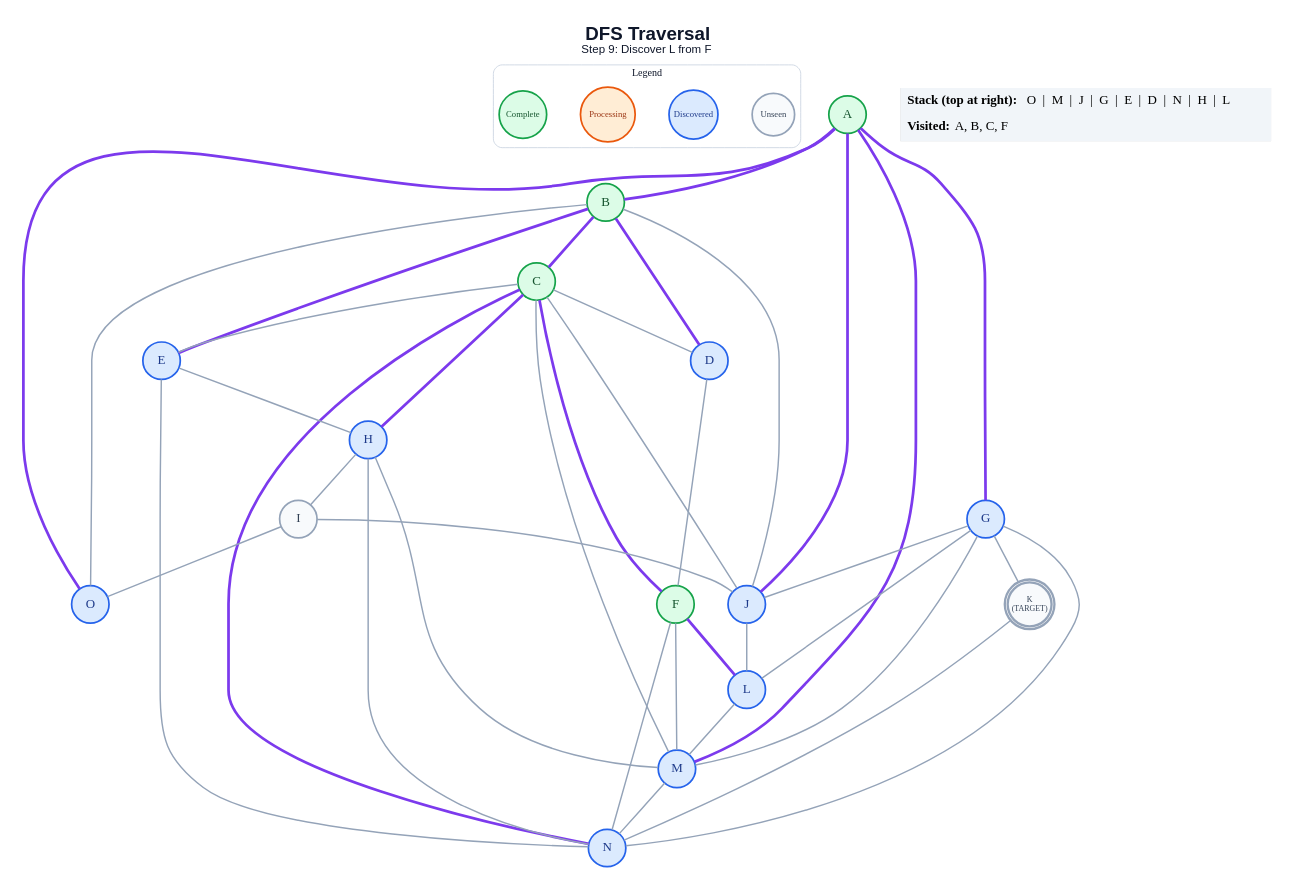
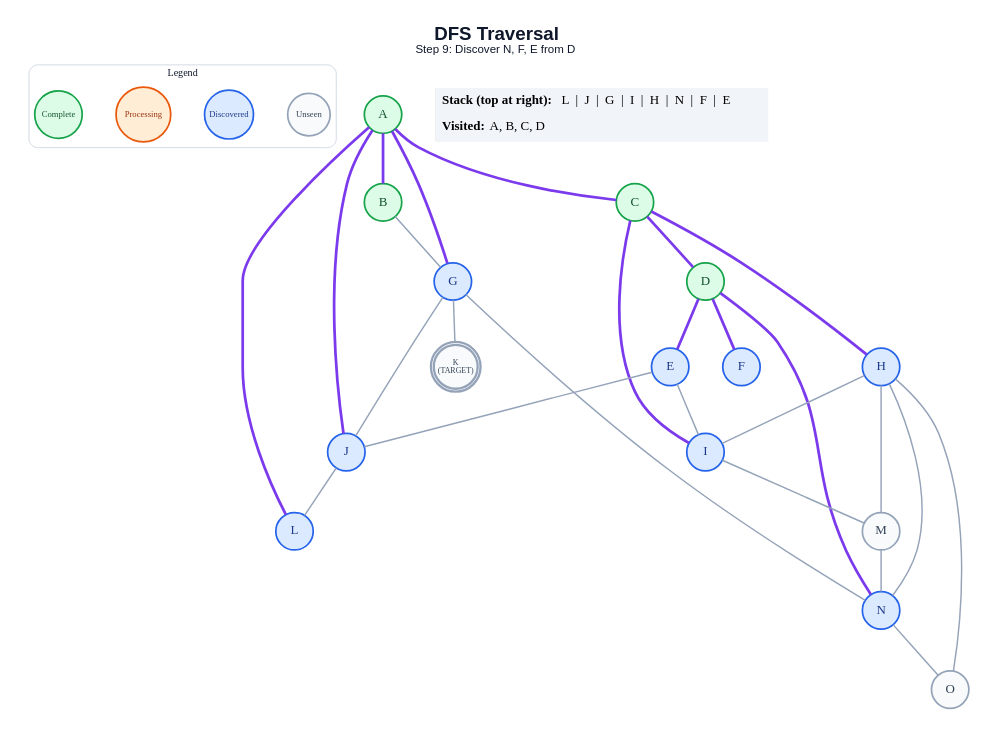
Before and after one commit to anon7238593-create/ai-slop: the diagram in generated/short-circuit/dfs/step_09.dot, drawn with Graphviz. The commit also changed 286 other files, not shown here.

```diff
--- a/generated/short-circuit/dfs/step_09.dot
+++ b/generated/short-circuit/dfs/step_09.dot
@@ -1,71 +1,59 @@
 graph traversal {
   graph [layout=dot, rankdir=TB, bgcolor="#FFFFFF", pad="0.35", nodesep="0.65", ranksep="0.8", fontname="Arial"];
   node [shape=circle, style="filled", fontname="Arial Bold", fontsize=18, width=0.72, fixedsize=true, penwidth=2.4];
   edge [color="#94A3B8", penwidth=2.0];
-  label=<<B>DFS Traversal</B><BR/><FONT POINT-SIZE="16">Step 9: Discover L from F</FONT>>; labelloc="t"; fontsize=26; fontname="Arial"; fontcolor="#0F172A";
+  label=<<B>DFS Traversal</B><BR/><FONT POINT-SIZE="16">Step 9: Discover N, F, E from D</FONT>>; labelloc="t"; fontsize=26; fontname="Arial"; fontcolor="#0F172A";
   subgraph cluster_legend { label="Legend"; color="#CBD5E1"; penwidth=1.2; style="rounded"; fontsize=14; fontname="Arial Bold";
     key_unseen [label="Unseen", fillcolor="#F8FAFC", color="#94A3B8", fontcolor="#334155", fontsize=12, width=0.82];
     key_frontier [label="Discovered", fillcolor="#DBEAFE", color="#2563EB", fontcolor="#1E3A8A", fontsize=12, width=0.95];
     key_current [label="Processing", fillcolor="#FFEDD5", color="#EA580C", fontcolor="#9A3412", fontsize=12, width=1.05];
     key_done [label="Complete", fillcolor="#DCFCE7", color="#16A34A", fontcolor="#14532D", fontsize=12, width=0.92];
     { rank=same; key_unseen; key_frontier; key_current; key_done; }
   }
   A [label="A", fillcolor="#DCFCE7", color="#16A34A", fontcolor="#14532D", peripheries=1, penwidth=2.4];
   B [label="B", fillcolor="#DCFCE7", color="#16A34A", fontcolor="#14532D", peripheries=1, penwidth=2.4];
   C [label="C", fillcolor="#DCFCE7", color="#16A34A", fontcolor="#14532D", peripheries=1, penwidth=2.4];
-  D [label="D", fillcolor="#DBEAFE", color="#2563EB", fontcolor="#1E3A8A", peripheries=1, penwidth=2.4];
+  D [label="D", fillcolor="#DCFCE7", color="#16A34A", fontcolor="#14532D", peripheries=1, penwidth=2.4];
   E [label="E", fillcolor="#DBEAFE", color="#2563EB", fontcolor="#1E3A8A", peripheries=1, penwidth=2.4];
-  F [label="F", fillcolor="#DCFCE7", color="#16A34A", fontcolor="#14532D", peripheries=1, penwidth=2.4];
+  F [label="F", fillcolor="#DBEAFE", color="#2563EB", fontcolor="#1E3A8A", peripheries=1, penwidth=2.4];
   G [label="G", fillcolor="#DBEAFE", color="#2563EB", fontcolor="#1E3A8A", peripheries=1, penwidth=2.4];
   H [label="H", fillcolor="#DBEAFE", color="#2563EB", fontcolor="#1E3A8A", peripheries=1, penwidth=2.4];
-  I [label="I", fillcolor="#F8FAFC", color="#94A3B8", fontcolor="#334155", peripheries=1, penwidth=2.4];
+  I [label="I", fillcolor="#DBEAFE", color="#2563EB", fontcolor="#1E3A8A", peripheries=1, penwidth=2.4];
   J [label="J", fillcolor="#DBEAFE", color="#2563EB", fontcolor="#1E3A8A", peripheries=1, penwidth=2.4];
   K [label="K\n(TARGET)", fillcolor="#F8FAFC", color="#94A3B8", fontcolor="#334155", peripheries=2, penwidth=3.2, fontsize=11, width=0.85, height=0.85];
   L [label="L", fillcolor="#DBEAFE", color="#2563EB", fontcolor="#1E3A8A", peripheries=1, penwidth=2.4];
-  M [label="M", fillcolor="#DBEAFE", color="#2563EB", fontcolor="#1E3A8A", peripheries=1, penwidth=2.4];
+  M [label="M", fillcolor="#F8FAFC", color="#94A3B8", fontcolor="#334155", peripheries=1, penwidth=2.4];
   N [label="N", fillcolor="#DBEAFE", color="#2563EB", fontcolor="#1E3A8A", peripheries=1, penwidth=2.4];
-  O [label="O", fillcolor="#DBEAFE", color="#2563EB", fontcolor="#1E3A8A", peripheries=1, penwidth=2.4];
+  O [label="O", fillcolor="#F8FAFC", color="#94A3B8", fontcolor="#334155", peripheries=1, penwidth=2.4];
   A -- B [color="#7C3AED", penwidth=3.8];
+  A -- C [color="#7C3AED", penwidth=3.8];
   A -- G [color="#7C3AED", penwidth=3.8];
   A -- J [color="#7C3AED", penwidth=3.8];
-  A -- M [color="#7C3AED", penwidth=3.8];
-  A -- O [color="#7C3AED", penwidth=3.8];
-  B -- C [color="#7C3AED", penwidth=3.8];
-  B -- D [color="#7C3AED", penwidth=3.8];
-  B -- E [color="#7C3AED", penwidth=3.8];
-  B -- J;
-  B -- O;
-  C -- D;
-  C -- E;
-  C -- F [color="#7C3AED", penwidth=3.8];
+  A -- L [color="#7C3AED", penwidth=3.8];
+  B -- G;
+  C -- D [color="#7C3AED", penwidth=3.8];
   C -- H [color="#7C3AED", penwidth=3.8];
-  C -- J;
-  C -- M;
-  C -- N [color="#7C3AED", penwidth=3.8];
-  D -- F;
-  E -- H;
-  E -- N;
-  F -- L [color="#7C3AED", penwidth=3.8];
-  F -- M;
-  F -- N;
+  C -- I [color="#7C3AED", penwidth=3.8];
+  D -- E [color="#7C3AED", penwidth=3.8];
+  D -- F [color="#7C3AED", penwidth=3.8];
+  D -- N [color="#7C3AED", penwidth=3.8];
+  E -- I;
+  E -- J;
   G -- J;
   G -- K;
-  G -- L;
-  G -- M;
   G -- N;
   H -- I;
   H -- M;
   H -- N;
-  I -- J;
-  I -- O;
+  H -- O;
+  I -- M;
   J -- L;
-  K -- N;
-  L -- M;
   M -- N;
+  N -- O;
   status [shape=plain, fixedsize=false, width=0, height=0, margin=0, label=<
     <TABLE BORDER="0" CELLBORDER="0" CELLPADDING="7" BGCOLOR="#F1F5F9">
-      <TR><TD ALIGN="LEFT"><B>Stack (top at right):</B> O  |  M  |  J  |  G  |  E  |  D  |  N  |  H  |  L</TD></TR>
-      <TR><TD ALIGN="LEFT"><B>Visited:</B> A, B, C, F</TD></TR>
+      <TR><TD ALIGN="LEFT"><B>Stack (top at right):</B> L  |  J  |  G  |  I  |  H  |  N  |  F  |  E</TD></TR>
+      <TR><TD ALIGN="LEFT"><B>Visited:</B> A, B, C, D</TD></TR>
     </TABLE>
   >];
 }
```
